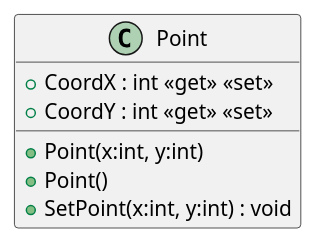
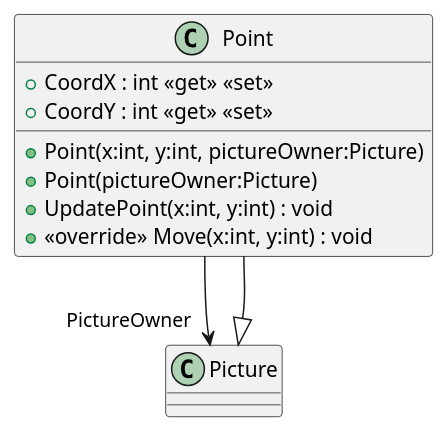
The diagram in plantuml/20240701_HW_Inheritence/Point.puml (19vano97/levelUpOOP), drawn with PlantUML before and after one commit. The commit also changed 42 other files, not shown here.

```diff
--- a/plantuml/20240701_HW_Inheritence/Point.puml
+++ b/plantuml/20240701_HW_Inheritence/Point.puml
@@ -1,9 +1,12 @@
 @startuml
 class Point {
-    + Point(x:int, y:int)
-    + Point()
+    + Point(x:int, y:int, pictureOwner:Picture)
+    + Point(pictureOwner:Picture)
     + CoordX : int <<get>> <<set>>
     + CoordY : int <<get>> <<set>>
-    + SetPoint(x:int, y:int) : void
+    + UpdatePoint(x:int, y:int) : void
+    + <<override>> Move(x:int, y:int) : void
 }
+Picture <|-- Point
+Point --> "PictureOwner" Picture
 @enduml
```
